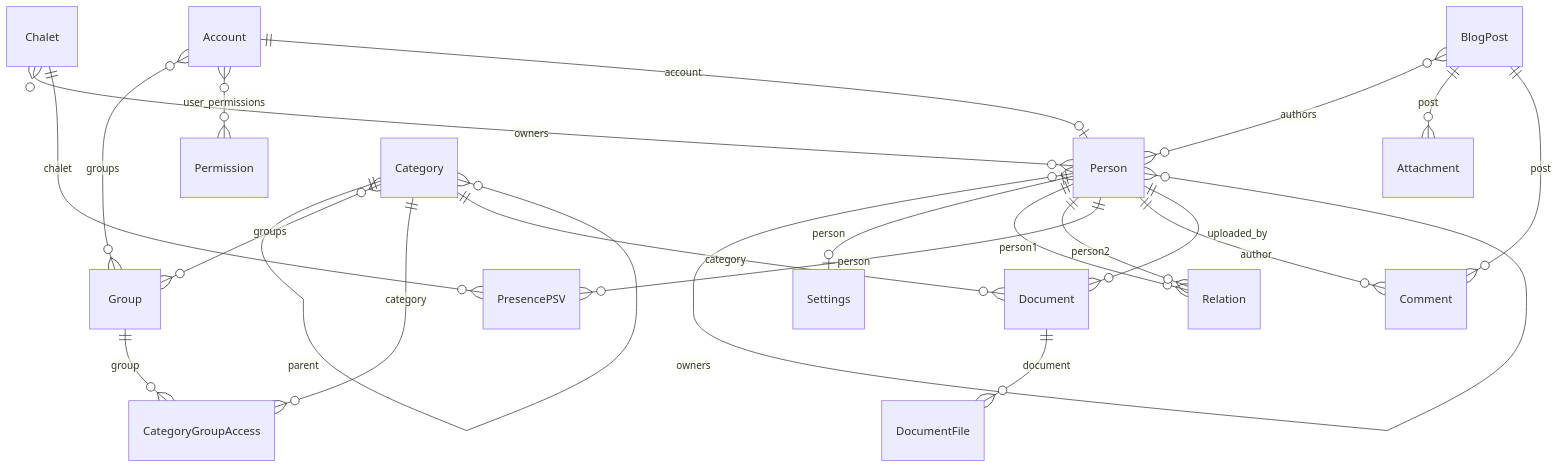
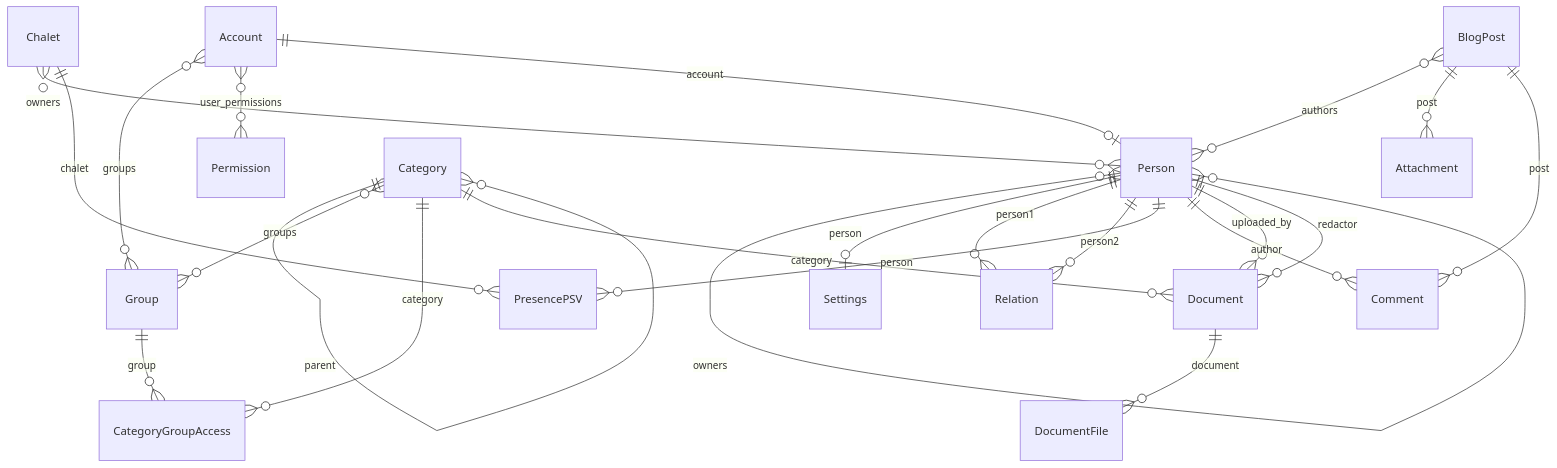
Before and after one commit to reboulip/famille-busson: the diagram in docs/data_model.md, drawn with Mermaid. The commit also changed other lines of this file and 21 other files, not shown here.

First line of the commit message:
feat: Phase 2 wave 3 — markdown card excerpts, document redactor, genealogy image export

````diff
--- a/docs/data_model.md
+++ b/docs/data_model.md
@@ -8,24 +8,25 @@
 ```mermaid
 erDiagram
     Account }o--o{ Group : "groups"
     Account }o--o{ Permission : "user_permissions"
     Account ||--o| Person : "account"
     Person }o--o{ Person : "owners"
     Person ||--o| Settings : "person"
     Person ||--o{ Relation : "person1"
     Person ||--o{ Relation : "person2"
     Chalet }o--o{ Person : "owners"
     Person ||--o{ PresencePSV : "person"
     Chalet ||--o{ PresencePSV : "chalet"
     BlogPost }o--o{ Person : "authors"
     BlogPost ||--o{ Attachment : "post"
     BlogPost ||--o{ Comment : "post"
     Person ||--o{ Comment : "author"
     Category ||--o{ Category : "parent"
     Category }o--o{ Group : "groups"
     Category ||--o{ CategoryGroupAccess : "category"
     Group ||--o{ CategoryGroupAccess : "group"
     Category ||--o{ Document : "category"
     Person ||--o{ Document : "uploaded_by"
+    Person ||--o{ Document : "redactor"
     Document ||--o{ DocumentFile : "document"
 ```
````
